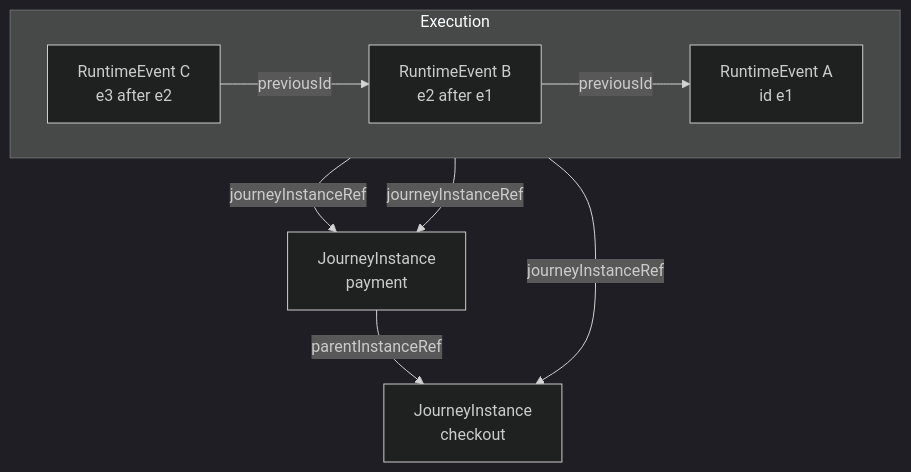
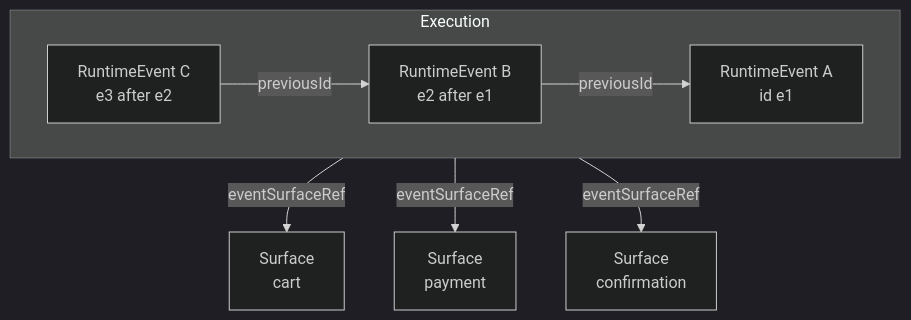
Before and after one commit to Bang2985/spec-ujg: the diagram in specs/ed/runtime/index.md, drawn with Mermaid (dark theme). The commit also changed other lines of this file and 88 other files, not shown here.

````diff
--- a/specs/ed/runtime/index.md
+++ b/specs/ed/runtime/index.md
@@ -31,15 +30,14 @@
 ```mermaid
 graph TB
   subgraph JourneyExecution [Execution]
     direction LR
     E1[RuntimeEvent A<br/>id e1]
     E2[RuntimeEvent B<br/>e2 after e1]
     E3[RuntimeEvent C<br/>e3 after e2]
-    E2 -->|previousId| E1
-    E3 -->|previousId| E2
+  E2 -->|previousId| E1
+  E3 -->|previousId| E2
   end
-  E1 -->|journeyInstanceRef| J1[JourneyInstance<br/>checkout]
-  E2 -->|journeyInstanceRef| J2[JourneyInstance<br/>payment]
-  E3 -->|journeyInstanceRef| J2
-  J2 -->|parentInstanceRef| J1
+  E1 -->|eventSurfaceRef| S1[Surface<br/>cart]
+  E2 -->|eventSurfaceRef| S2[Surface<br/>payment]
+  E3 -->|eventSurfaceRef| S3[Surface<br/>confirmation]
 ```
````
